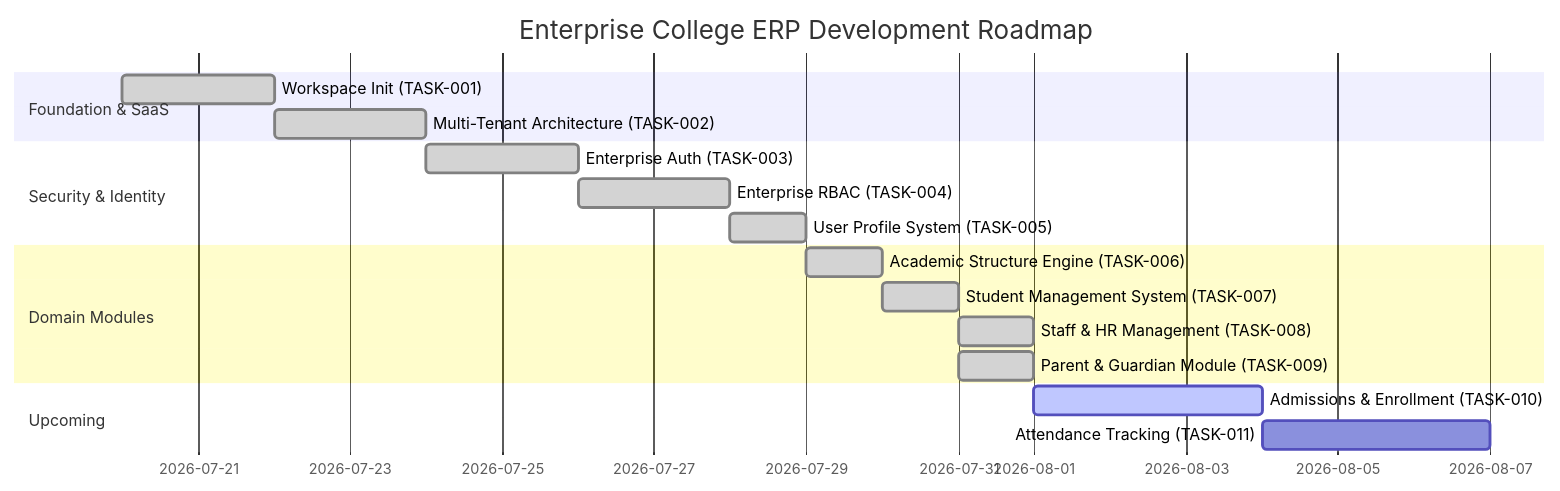
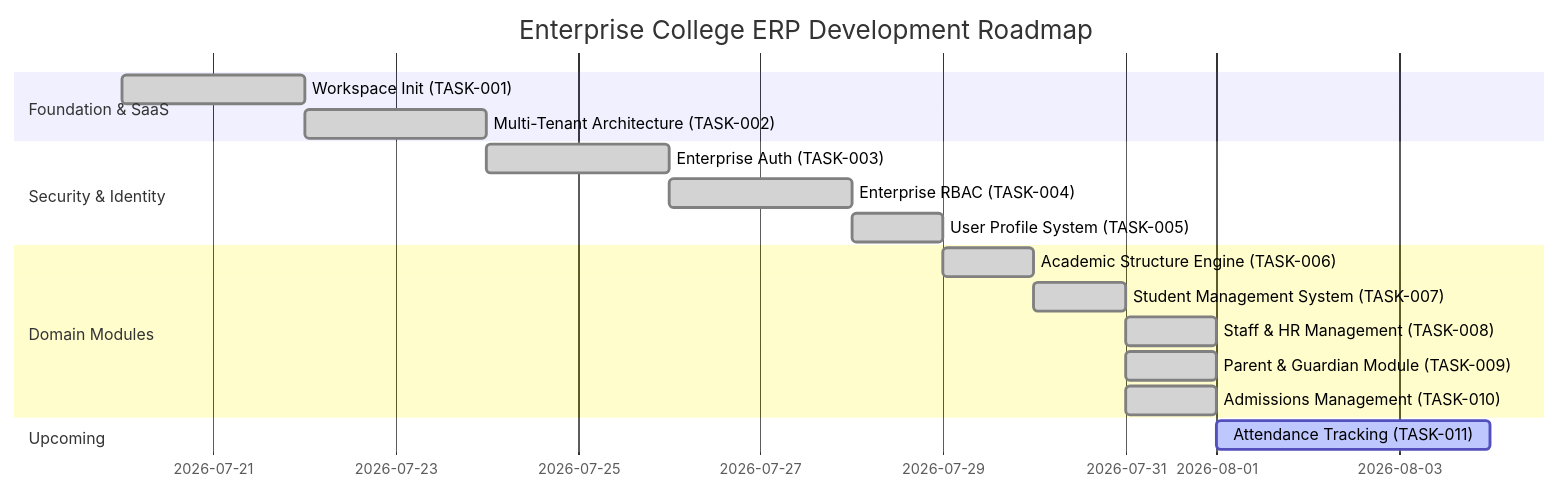
One commit to amaanmulani9-ai/College-ERP changed the diagram in PROJECT_STATUS.md. Above: the diagram before and after it, drawn with Mermaid. The commit also changed other lines of this file and 25 other files, not shown here.

Commit message:
feat: implement enterprise admissions management system

````diff
--- a/PROJECT_STATUS.md
+++ b/PROJECT_STATUS.md
@@ -33,20 +33,20 @@
 ```mermaid
 gantt
     title Enterprise College ERP Development Roadmap
     dateFormat  YYYY-MM-DD
     section Foundation & SaaS
     Workspace Init (TASK-001)            :done, task1, 2026-07-20, 2d
     Multi-Tenant Architecture (TASK-002) :done, task2, 2026-07-22, 2d
     section Security & Identity
     Enterprise Auth (TASK-003)           :done, task3, 2026-07-24, 2d
     Enterprise RBAC (TASK-004)           :done, task4, 2026-07-26, 2d
     User Profile System (TASK-005)       :done, task5, 2026-07-28, 1d
     section Domain Modules
     Academic Structure Engine (TASK-006) :done, task6, 2026-07-29, 1d
     Student Management System (TASK-007) :done, task7, 2026-07-30, 1d
     Staff & HR Management (TASK-008)     :done, task8, 2026-07-31, 1d
     Parent & Guardian Module (TASK-009)  :done, task9, 2026-07-31, 1d
+    Admissions Management (TASK-010)     :done, task10, 2026-07-31, 1d
     section Upcoming
-    Admissions & Enrollment (TASK-010)   :active, task10, 2026-08-01, 3d
-    Attendance Tracking (TASK-011)       : task11, 2026-08-04, 3d
+    Attendance Tracking (TASK-011)       :active, task11, 2026-08-01, 3d
 ```
````
